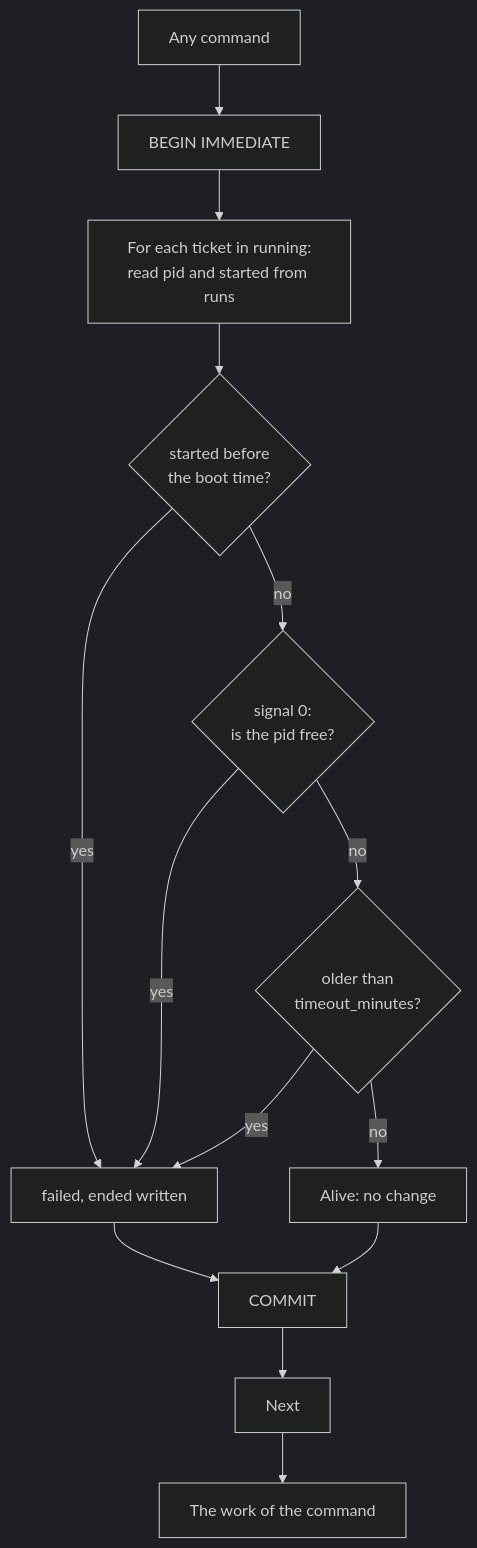
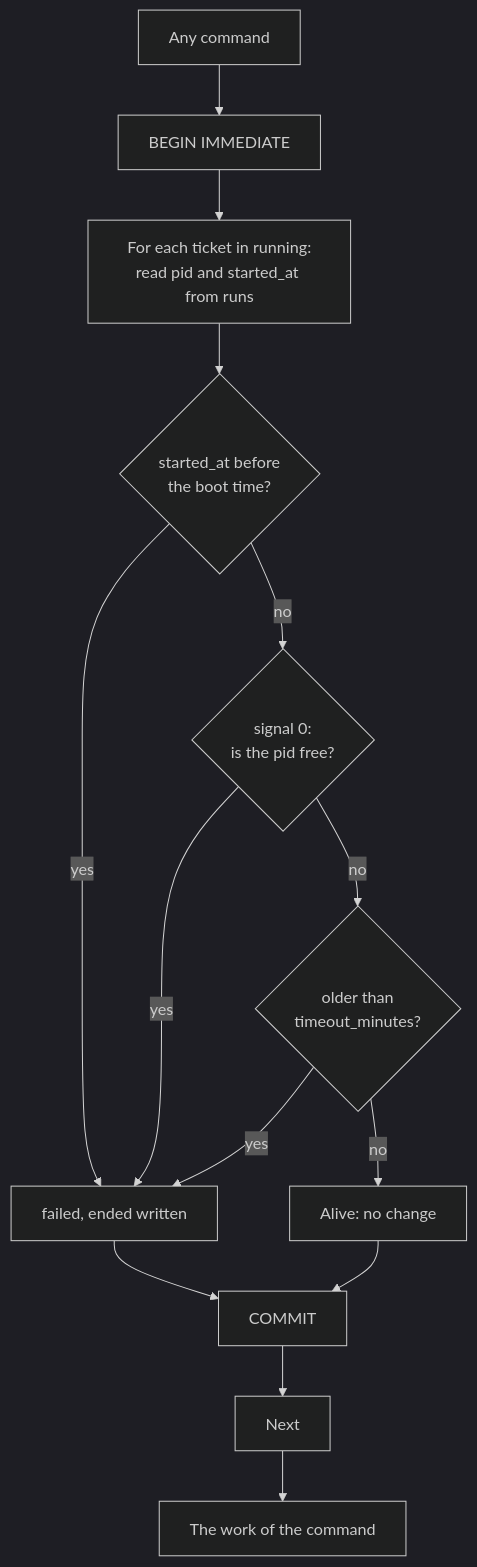
One commit to alcubie/delegator changed the second of 3 diagrams in docs/RUN_CONTROL.md. Above: the diagram before and after it, drawn with Mermaid (dark theme). The commit also changed other lines of this file and 1 other file, not shown here.

First line of the commit message:
Name the time columns of runs started_at and ended_at

````diff
--- a/docs/RUN_CONTROL.md
+++ b/docs/RUN_CONTROL.md
@@ -312,16 +312,16 @@
 ```mermaid
 flowchart TD
     K["Any command"] --> B["BEGIN IMMEDIATE"]
-    B --> L["For each ticket in running:<br>read pid and started from runs"]
-    L --> D1{"started before<br>the boot time?"}
+    B --> L["For each ticket in running:<br>read pid and started_at from runs"]
+    L --> D1{"started_at before<br>the boot time?"}
     D1 -->|"yes"| F["failed, ended written"]
     D1 -->|"no"| D2{"signal 0:<br>is the pid free?"}
     D2 -->|"yes"| F
     D2 -->|"no"| D3{"older than<br>timeout_minutes?"}
     D3 -->|"yes"| F
     D3 -->|"no"| A["Alive: no change"]
     F --> M["COMMIT"]
     A --> M
     M --> N["Next"]
     N --> O["The work of the command"]
 ```
````
